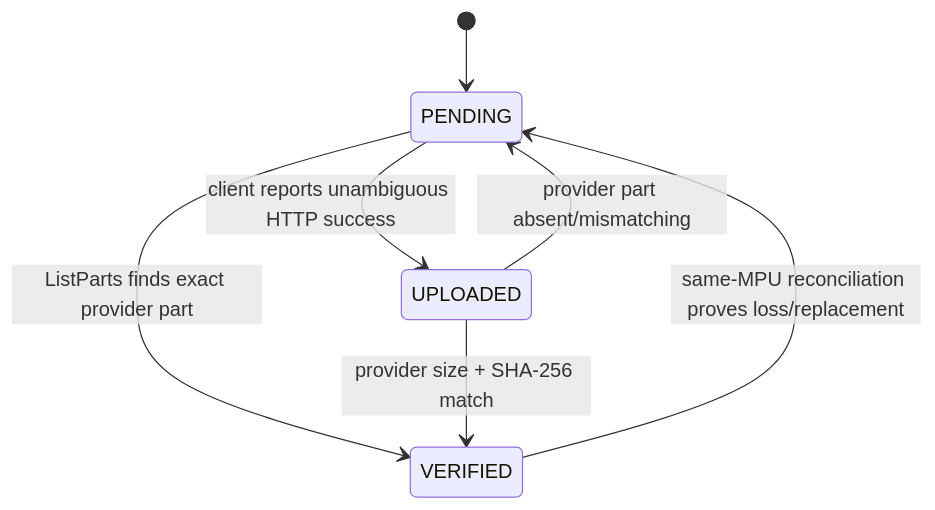
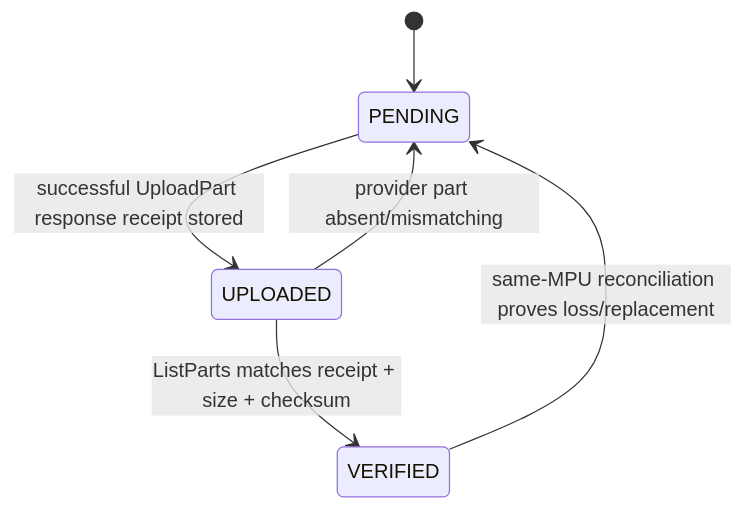
The second of 2 diagrams in docs/M2_STATE_MACHINES.md (zbnerd/RoboLake), drawn with Mermaid before and after one commit. The commit also changed other lines of this file and 15 other files, not shown here.

````diff
--- a/docs/M2_STATE_MACHINES.md
+++ b/docs/M2_STATE_MACHINES.md
@@ -103,9 +185,8 @@
 ```mermaid
 stateDiagram-v2
     [*] --> PENDING
-    PENDING --> UPLOADED: client reports unambiguous HTTP success
-    PENDING --> VERIFIED: ListParts finds exact provider part
-    UPLOADED --> VERIFIED: provider size + SHA-256 match
+    PENDING --> UPLOADED: successful UploadPart response receipt stored
+    UPLOADED --> VERIFIED: ListParts matches receipt + size + checksum
     UPLOADED --> PENDING: provider part absent/mismatching
     VERIFIED --> PENDING: same-MPU reconciliation proves loss/replacement
 ```
````
